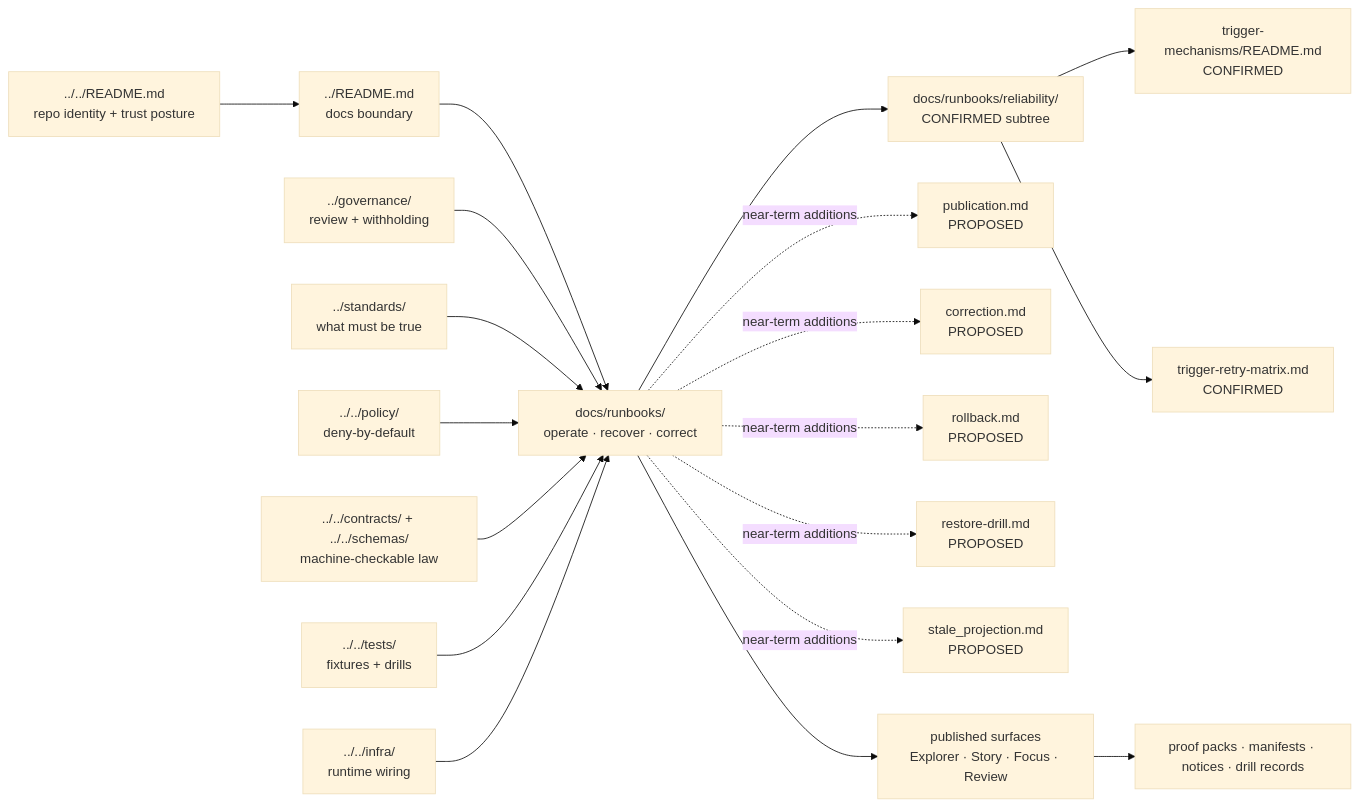
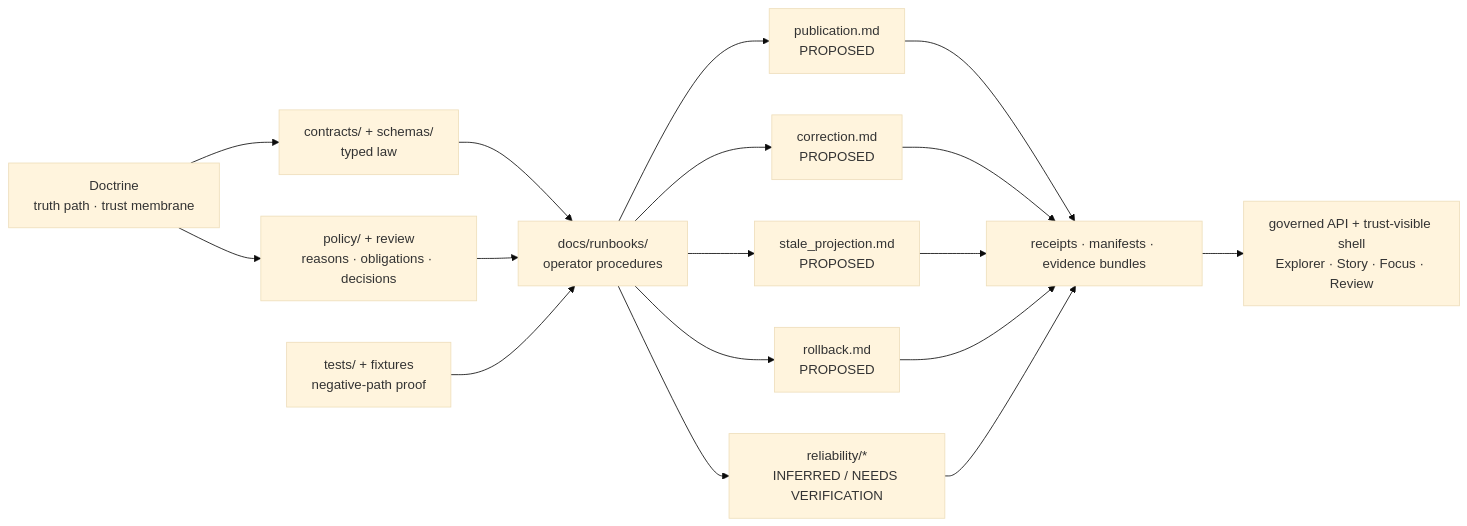
The diagram in docs/runbooks/README.md (bartytime4life/Kansas-Frontier-Matrix), drawn with Mermaid (base theme) before and after one commit. The commit also changed other lines of this file, not shown here.

````diff
--- a/docs/runbooks/README.md
+++ b/docs/runbooks/README.md
@@ -264,43 +288,22 @@
 ```mermaid
 flowchart LR
-    ROOT["../../README.md<br/>repo identity + trust posture"]
-    DOCS["../README.md<br/>docs boundary"]
-    RUN["docs/runbooks/<br/>operate · recover · correct"]
-    REL["docs/runbooks/reliability/<br/>CONFIRMED subtree"]
-    TM["trigger-mechanisms/README.md<br/>CONFIRMED"]
-    TR["trigger-retry-matrix.md<br/>CONFIRMED"]
+    D["Doctrine<br/>truth path · trust membrane"] --> C["contracts/ + schemas/<br/>typed law"]
+    D --> P["policy/ + review<br/>reasons · obligations · decisions"]
+    C --> R["docs/runbooks/<br/>operator procedures"]
+    P --> R
+    T["tests/ + fixtures<br/>negative-path proof"] --> R
 
-    GOV["../governance/<br/>review + withholding"]
-    STD["../standards/<br/>what must be true"]
-    POL["../../policy/<br/>deny-by-default"]
-    CONTRACTS["../../contracts/ + ../../schemas/<br/>machine-checkable law"]
-    TESTS["../../tests/<br/>fixtures + drills"]
-    INFRA["../../infra/<br/>runtime wiring"]
+    R --> PUB["publication.md<br/>PROPOSED"]
+    R --> CORR["correction.md<br/>PROPOSED"]
+    R --> STALE["stale_projection.md<br/>PROPOSED"]
+    R --> RB["rollback.md<br/>PROPOSED"]
+    R --> REL["reliability/*<br/>INFERRED / NEEDS VERIFICATION"]
 
-    PUB["publication.md<br/>PROPOSED"]
-    CORR["correction.md<br/>PROPOSED"]
-    RB["rollback.md<br/>PROPOSED"]
-    REST["restore-drill.md<br/>PROPOSED"]
-    STALE["stale_projection.md<br/>PROPOSED"]
+    PUB --> ART["receipts · manifests · evidence bundles"]
+    CORR --> ART
+    STALE --> ART
+    RB --> ART
+    REL --> ART
 
-    ROOT --> DOCS --> RUN
-    RUN --> REL
-    REL --> TM
-    REL --> TR
-
-    GOV --> RUN
-    STD --> RUN
-    POL --> RUN
-    CONTRACTS --> RUN
-    TESTS --> RUN
-    INFRA --> RUN
-
-    RUN -. near-term additions .-> PUB
-    RUN -. near-term additions .-> CORR
-    RUN -. near-term additions .-> RB
-    RUN -. near-term additions .-> REST
-    RUN -. near-term additions .-> STALE
-
-    RUN --> SURFACES["published surfaces<br/>Explorer · Story · Focus · Review"]
-    SURFACES --> EVIDENCE["proof packs · manifests · notices · drill records"]
+    ART --> SHELL["governed API + trust-visible shell<br/>Explorer · Story · Focus · Review"]
 ```
````
